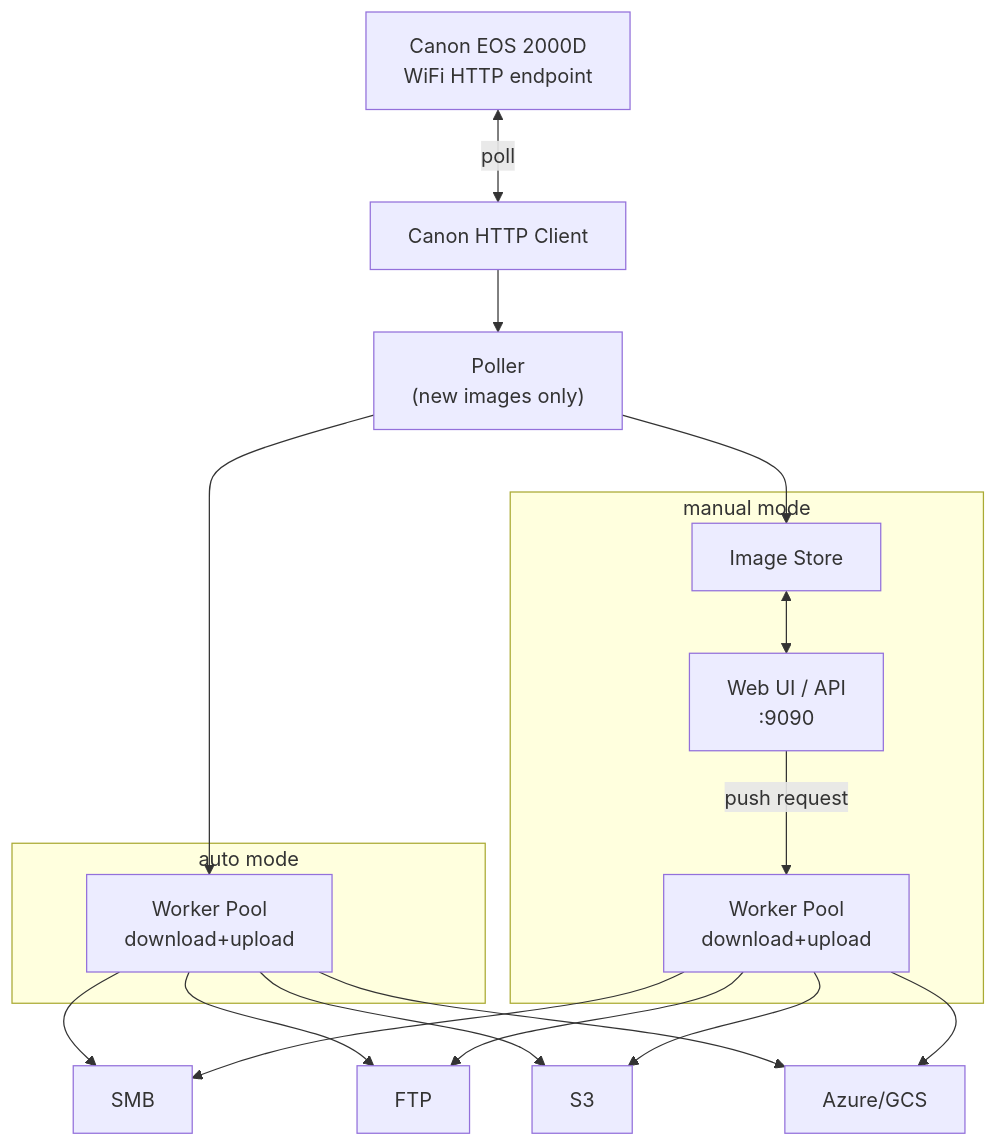
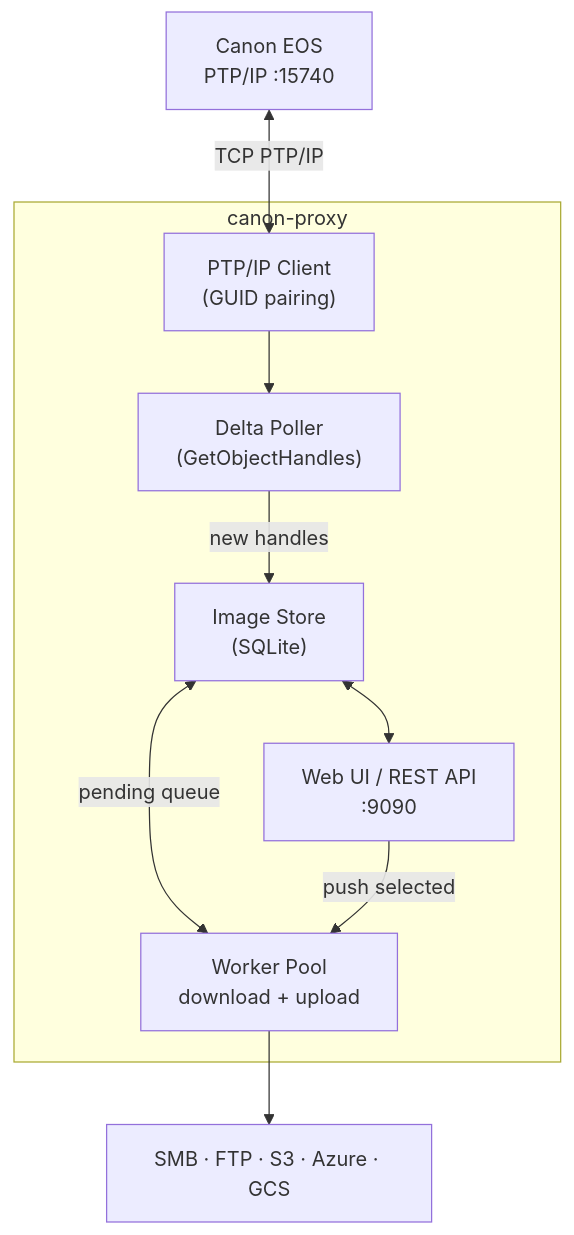
Before and after one commit to pacorreia/canon-proxy: the diagram in README.md, drawn with Mermaid. The commit also changed other lines of this file and 39 other files, not shown here.

````diff
--- a/README.md
+++ b/README.md
@@ -29,36 +54,22 @@
 ```mermaid
 flowchart TD
-    Camera["Canon EOS 2000D<br/>WiFi HTTP endpoint"]
-    Client["Canon HTTP Client"]
-    Poller["Poller<br/>(new images only)"]
+    Camera["Canon EOS\nPTP/IP :15740"]
 
-    subgraph auto["auto mode"]
-      WorkerPool["Worker Pool<br/>download+upload"]
+    subgraph canon-proxy
+        Client["PTP/IP Client\n(GUID pairing)"]
+        Poller["Delta Poller\n(GetObjectHandles)"]
+        Store["Image Store\n(SQLite)"]
+        Workers["Worker Pool\ndownload + upload"]
+        WebUI["Web UI / REST API\n:9090"]
     end
 
-    subgraph manual["manual mode"]
-      Store["Image Store"]
-      WebUI["Web UI / API<br/>:9090"]
-      Workers["Worker Pool<br/>download+upload"]
-    end
+    Backends["SMB · FTP · S3 · Azure · GCS"]
 
-    SMB["SMB"]
-    FTP["FTP"]
-    S3["S3"]
-    AzureGCS["Azure/GCS"]
-
-    Camera <-->|poll| Client
+    Camera <-->|"TCP PTP/IP"| Client
     Client --> Poller
-    Poller --> WorkerPool
-    Poller --> Store
+    Poller -->|"new handles"| Store
+    Store <-->|"pending queue"| Workers
     Store <--> WebUI
-    WebUI -->|push request| Workers
-    WorkerPool --> SMB
-    WorkerPool --> FTP
-    WorkerPool --> S3
-    WorkerPool --> AzureGCS
-    Workers --> SMB
-    Workers --> FTP
-    Workers --> S3
-    Workers --> AzureGCS
+    WebUI -->|"push selected"| Workers
+    Workers --> Backends
 ```
````
